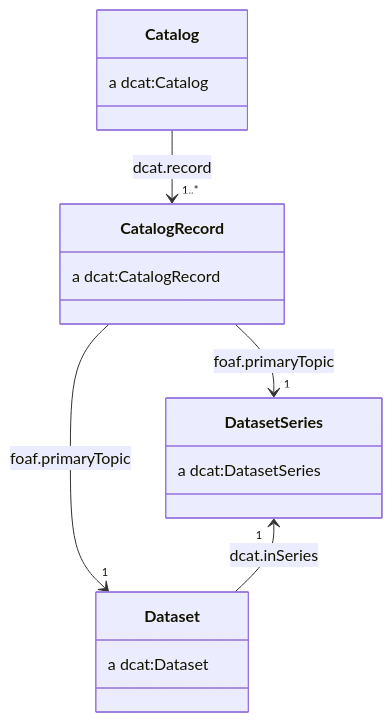
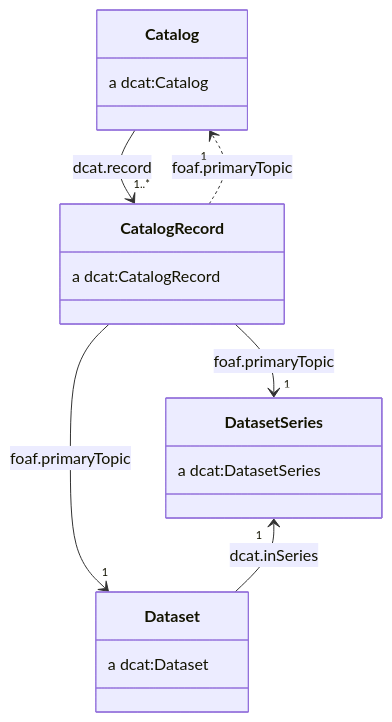
One commit to ONSdigital/application-profile changed the first of 13 diagrams in README.md. Above: the diagram before and after it, drawn with Mermaid. The commit also changed other lines of this file, not shown here.

````diff
--- a/README.md
+++ b/README.md
@@ -442,21 +449,22 @@
 ```mermaid
 classDiagram
     class Catalog {
         a dcat:Catalog
     }
     class CatalogRecord {
         a dcat:CatalogRecord
     }
     class DatasetSeries{
         a dcat:DatasetSeries
     }
     class Dataset {
         a dcat:Dataset
     }
 
     Catalog --> "1..*" CatalogRecord : dcat.record
     CatalogRecord --> "1" DatasetSeries : foaf.primaryTopic
     CatalogRecord --> "1" Dataset : foaf.primaryTopic
+    CatalogRecord ..> "1" Catalog : foaf.primaryTopic
 
     DatasetSeries "1" <-- Dataset : dcat.inSeries
 ```
````
